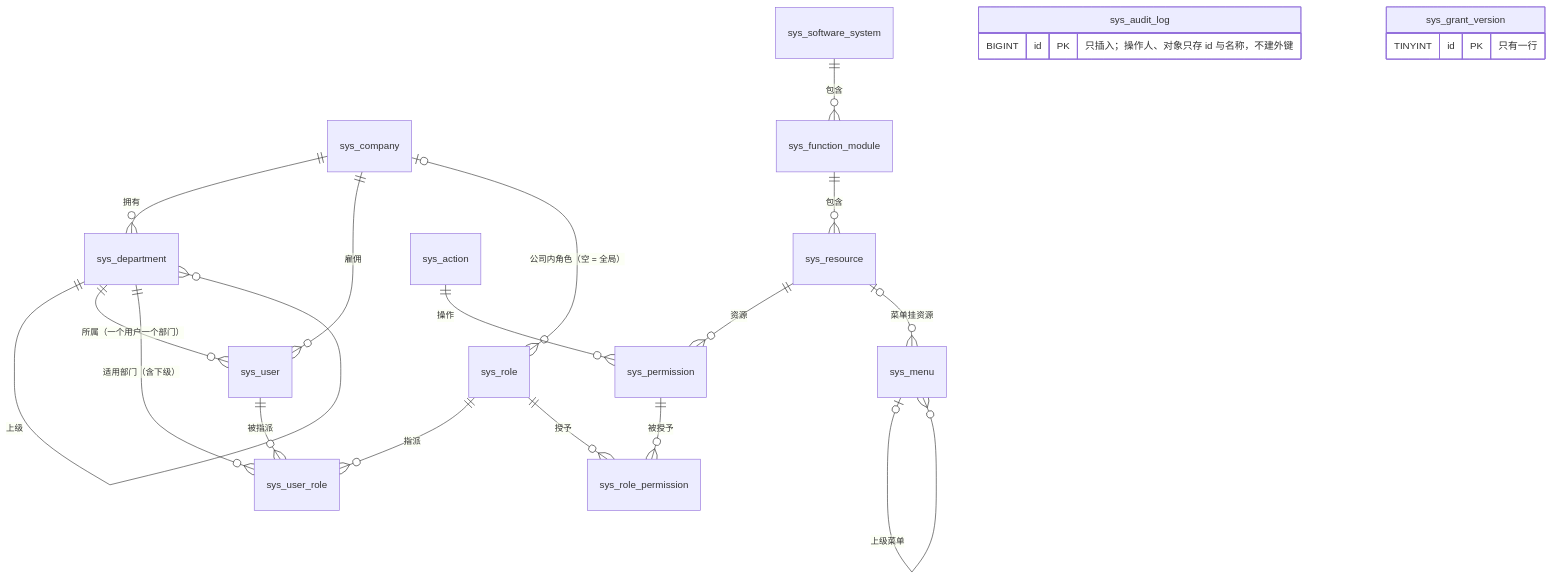
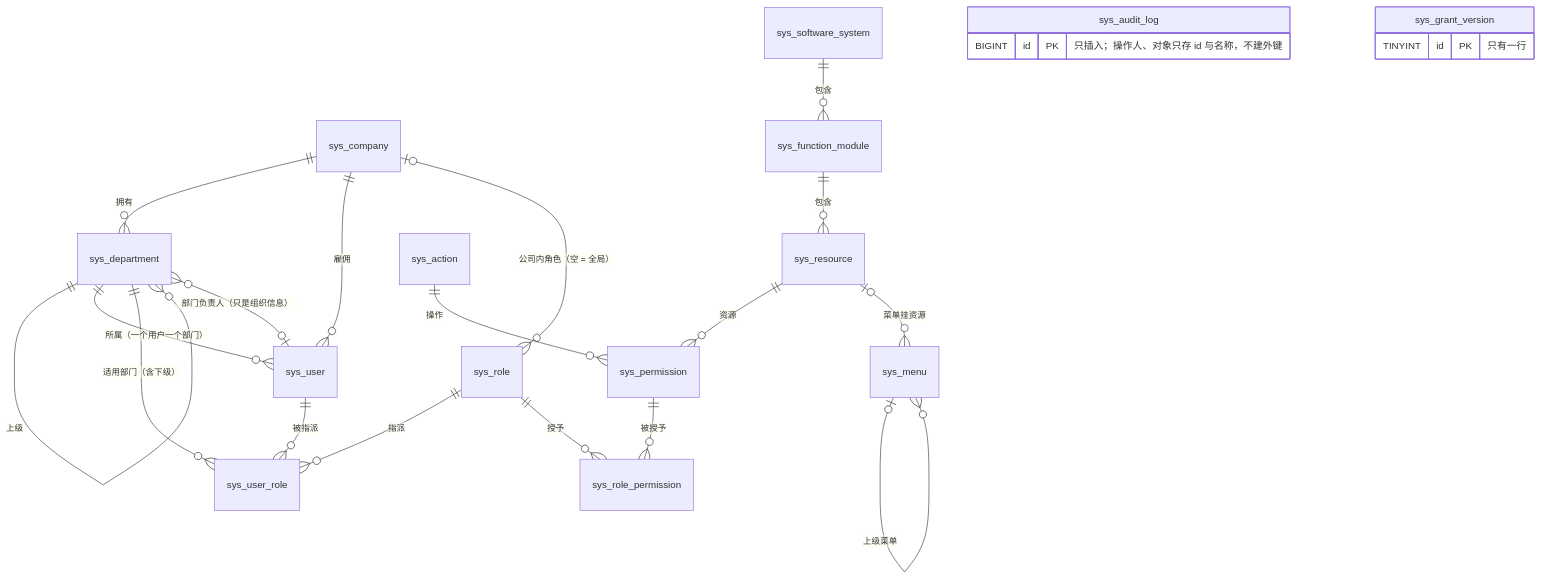
Before and after one commit to vintcessun/OOAD: the diagram in docs/03-database.md, drawn with Mermaid. The commit also changed 15 other files, not shown here.

First line of the commit message:
diagrams: StarUML 模型（E-R 图、用例总图、领域模型）与 PNG/SVG 导出

````diff
--- a/docs/03-database.md
+++ b/docs/03-database.md
@@ -24,25 +24,26 @@
 ```mermaid
 erDiagram
     sys_company ||--o{ sys_department : "拥有"
     sys_department ||--o{ sys_department : "上级"
     sys_company ||--o{ sys_user : "雇佣"
     sys_department ||--o{ sys_user : "所属（一个用户一个部门）"
+    sys_user |o--o{ sys_department : "部门负责人（只是组织信息）"
     sys_user ||--o{ sys_user_role : "被指派"
     sys_role ||--o{ sys_user_role : "指派"
     sys_department ||--o{ sys_user_role : "适用部门（含下级）"
     sys_company |o--o{ sys_role : "公司内角色（空 = 全局）"
     sys_role ||--o{ sys_role_permission : "授予"
     sys_permission ||--o{ sys_role_permission : "被授予"
     sys_software_system ||--o{ sys_function_module : "包含"
     sys_function_module ||--o{ sys_resource : "包含"
     sys_resource ||--o{ sys_permission : "资源"
     sys_action ||--o{ sys_permission : "操作"
     sys_resource |o--o{ sys_menu : "菜单挂资源"
     sys_menu |o--o{ sys_menu : "上级菜单"
     sys_audit_log {
         BIGINT id PK "只插入；操作人、对象只存 id 与名称，不建外键"
     }
     sys_grant_version {
         TINYINT id PK "只有一行"
     }
 ```
````
